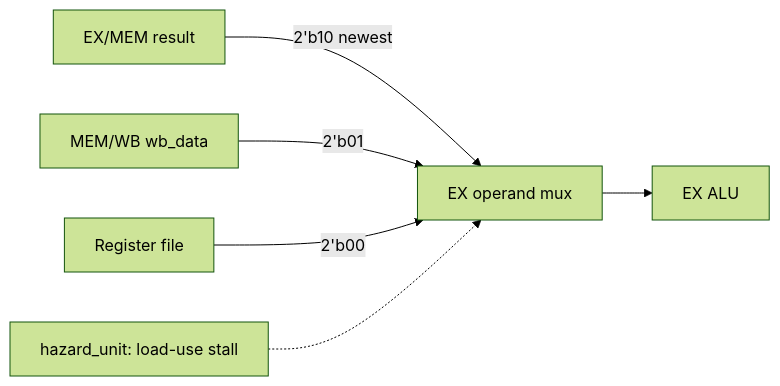
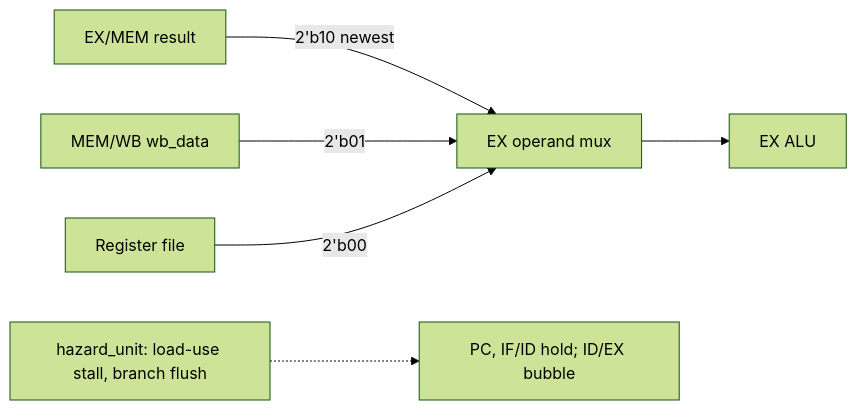
One commit to abhiiiiiii-21/5-Stage-Pipelined-RISC-V-Processor changed the diagram in diagrams/hazard_forwarding.mmd. Above: the diagram before and after it, drawn with Mermaid (forest theme). The commit also changed 16 other files, not shown here.

Commit message:
docs(diagrams): add rendered block, timing, hazard, waveform and CPI figures

```diff
--- a/diagrams/hazard_forwarding.mmd
+++ b/diagrams/hazard_forwarding.mmd
@@ -1,6 +1,6 @@
 flowchart LR
   EXMEM["EX/MEM result"] -->|2'b10 newest| MUX["EX operand mux"]
   MEMWB["MEM/WB wb_data"] -->|2'b01| MUX
   REG["Register file"] -->|2'b00| MUX
   MUX --> ALU["EX ALU"]
-  H["hazard_unit: load-use stall"] -.-> MUX
+  H["hazard_unit: load-use stall, branch flush"] -.-> P["PC, IF/ID hold; ID/EX bubble"]
```
